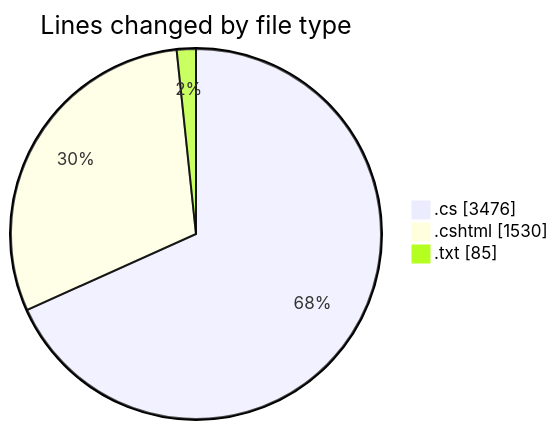
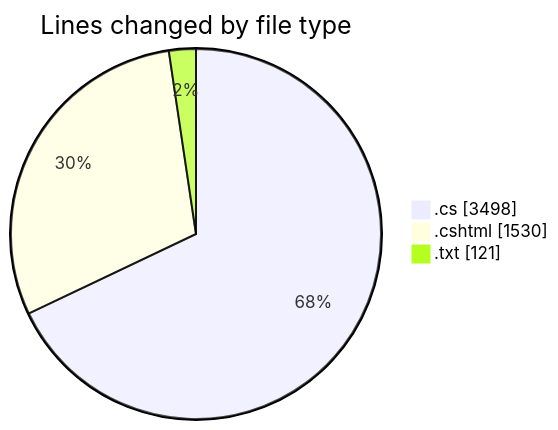
The first of 2 diagrams in 2025-07-28/quanlyrapchieuphim-1/README.md (lephambinh05/code-tracking), drawn with Mermaid before and after one commit. The commit also changed other lines of this file and 1 other file, not shown here.

````diff
--- a/2025-07-28/quanlyrapchieuphim-1/README.md
+++ b/2025-07-28/quanlyrapchieuphim-1/README.md
@@ -34,7 +34,7 @@
 ```mermaid
 pie showData
 title Lines changed by file type
-".cs" : 3476
+".cs" : 3498
 ".cshtml" : 1530
-".txt" : 85
+".txt" : 121
 ```
````
